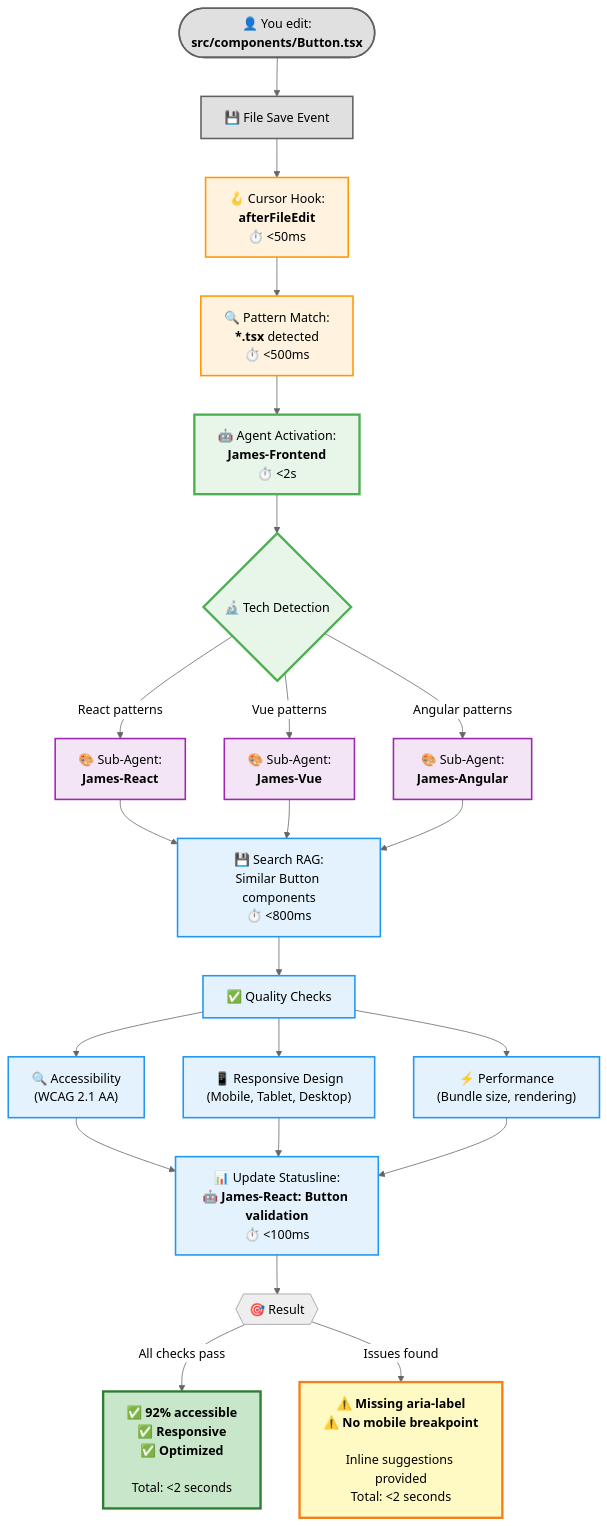
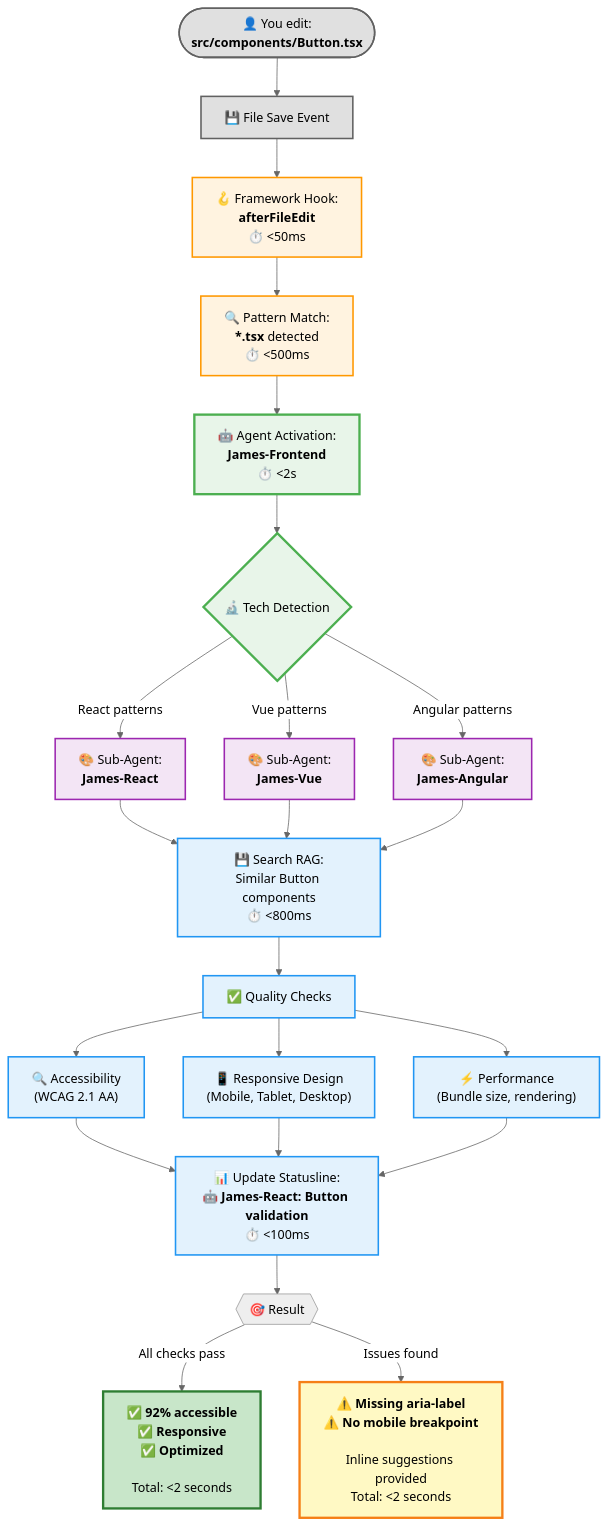
One commit to Nissimmiracles/versatil-sdlc-framework changed the sixth of 7 diagrams in README.md. Above: the diagram before and after it, drawn with Mermaid (neutral theme). The commit also changed other lines of this file and 72 other files, not shown here.

````diff
--- a/README.md
+++ b/README.md
@@ -775,53 +908,53 @@
 ```mermaid
 flowchart TD
     Start(["👤 You edit:<br/><b>src/components/Button.tsx</b>"]) --> Save["💾 File Save Event"]
 
-    Save --> Hook["🪝 Cursor Hook:<br/><b>afterFileEdit</b><br/>⏱️ <50ms"]
+    Save --> Hook["🪝 Framework Hook:<br/><b>afterFileEdit</b><br/>⏱️ <50ms"]
 
     Hook --> Pattern["🔍 Pattern Match:<br/><b>*.tsx</b> detected<br/>⏱️ <500ms"]
 
     Pattern --> Agent["🤖 Agent Activation:<br/><b>James-Frontend</b><br/>⏱️ <2s"]
 
     Agent --> Tech{"🔬 Tech Detection"}
 
     Tech -->|"React patterns"| SubReact["🎨 Sub-Agent:<br/><b>James-React</b>"]
     Tech -->|"Vue patterns"| SubVue["🎨 Sub-Agent:<br/><b>James-Vue</b>"]
     Tech -->|"Angular patterns"| SubAngular["🎨 Sub-Agent:<br/><b>James-Angular</b>"]
 
     SubReact --> RAG["💾 Search RAG:<br/>Similar Button components<br/>⏱️ <800ms"]
     SubVue --> RAG
     SubAngular --> RAG
 
     RAG --> Checks["✅ Quality Checks"]
 
     Checks --> C1["🔍 Accessibility<br/>(WCAG 2.1 AA)"]
     Checks --> C2["📱 Responsive Design<br/>(Mobile, Tablet, Desktop)"]
     Checks --> C3["⚡ Performance<br/>(Bundle size, rendering)"]
 
     C1 --> Status["📊 Update Statusline:<br/><b>🤖 James-React: Button validation</b><br/>⏱️ <100ms"]
     C2 --> Status
     C3 --> Status
 
     Status --> Result
 
     Result{{"🎯 Result"}}
 
     Result -->|"All checks pass"| Pass["✅ <b>92% accessible</b><br/>✅ <b>Responsive</b><br/>✅ <b>Optimized</b><br/><br/>Total: <2 seconds"]
     Result -->|"Issues found"| Warn["⚠️ <b>Missing aria-label</b><br/>⚠️ <b>No mobile breakpoint</b><br/><br/>Inline suggestions provided<br/>Total: <2 seconds"]
 
     classDef user fill:#e0e0e0,stroke:#616161,stroke-width:2px
     classDef hook fill:#fff3e0,stroke:#ff9800,stroke-width:2px
     classDef agent fill:#e8f5e9,stroke:#4caf50,stroke-width:3px
     classDef subagent fill:#f3e5f5,stroke:#9c27b0,stroke-width:2px
     classDef check fill:#e3f2fd,stroke:#2196f3,stroke-width:2px
     classDef success fill:#c8e6c9,stroke:#2e7d32,stroke-width:3px
     classDef warning fill:#fff9c4,stroke:#f57f17,stroke-width:3px
 
     class Start,Save user
     class Hook,Pattern hook
     class Agent,Tech agent
     class SubReact,SubVue,SubAngular subagent
     class RAG,Checks,C1,C2,C3,Status check
     class Pass success
     class Warn warning
 ```
````
